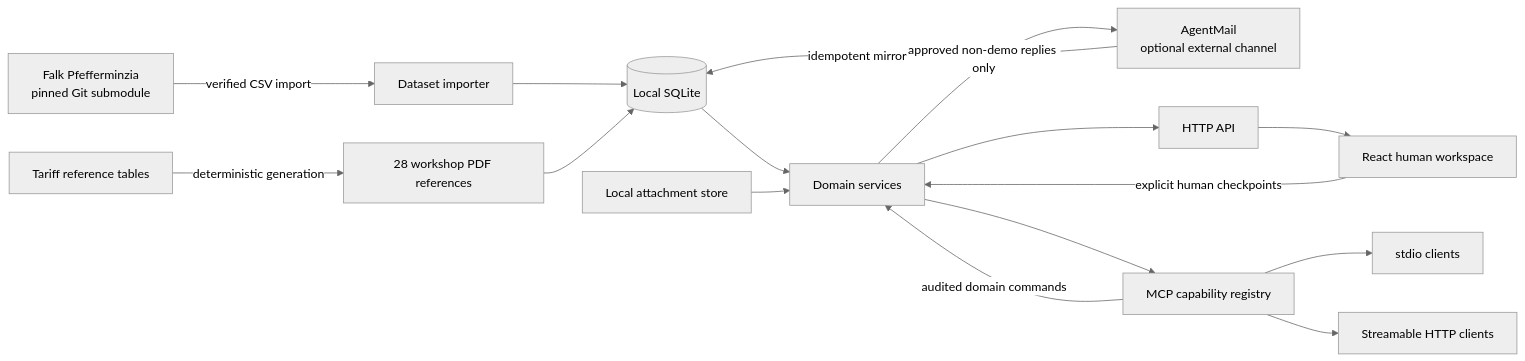
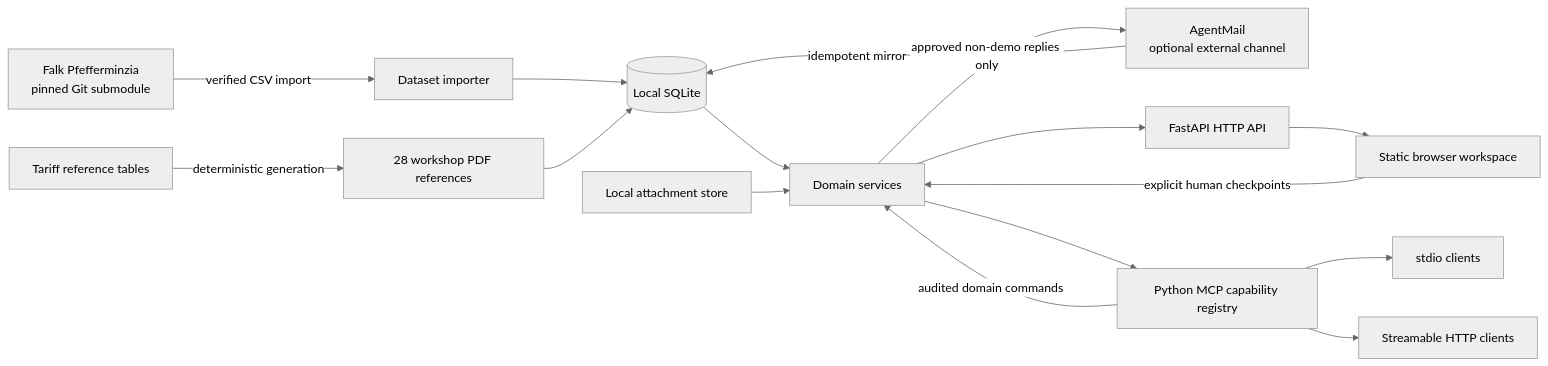
The first of 4 diagrams in ARCHITECTURE.md (jhoetter/pfefferminzia), drawn with Mermaid (neutral theme) before and after one commit. The commit also changed other lines of this file and 70 other files, not shown here.

````diff
--- a/ARCHITECTURE.md
+++ b/ARCHITECTURE.md
@@ -17,21 +17,21 @@
 ```mermaid
 flowchart LR
     FALK[Falk Pfefferminzia\npinned Git submodule] -->|verified CSV import| IMPORT[Dataset importer]
     DOCS[Tariff reference tables] -->|deterministic generation| PDF[28 workshop PDF references]
     IMPORT --> DB[(Local SQLite)]
     PDF --> DB
 
     AM[AgentMail\noptional external channel] -->|idempotent mirror| DB
     DB --> DOMAIN[Domain services]
     FILES[Local attachment store] --> DOMAIN
 
-    DOMAIN --> REST[HTTP API]
-    DOMAIN --> MCP[MCP capability registry]
-    REST --> UI[React human workspace]
+    DOMAIN --> REST[FastAPI HTTP API]
+    DOMAIN --> MCP[Python MCP capability registry]
+    REST --> UI[Static browser workspace]
     MCP --> STDIO[stdio clients]
     MCP --> HTTP[Streamable HTTP clients]
 
     UI -->|explicit human checkpoints| DOMAIN
     MCP -->|audited domain commands| DOMAIN
     DOMAIN -->|approved non-demo replies only| AM
 ```
````
